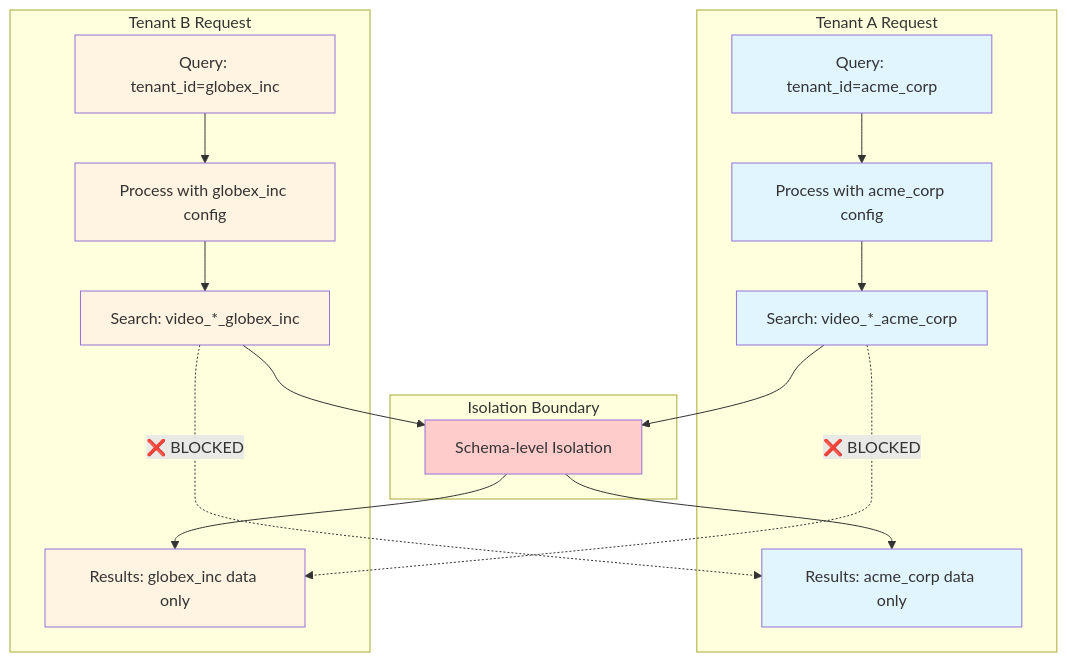
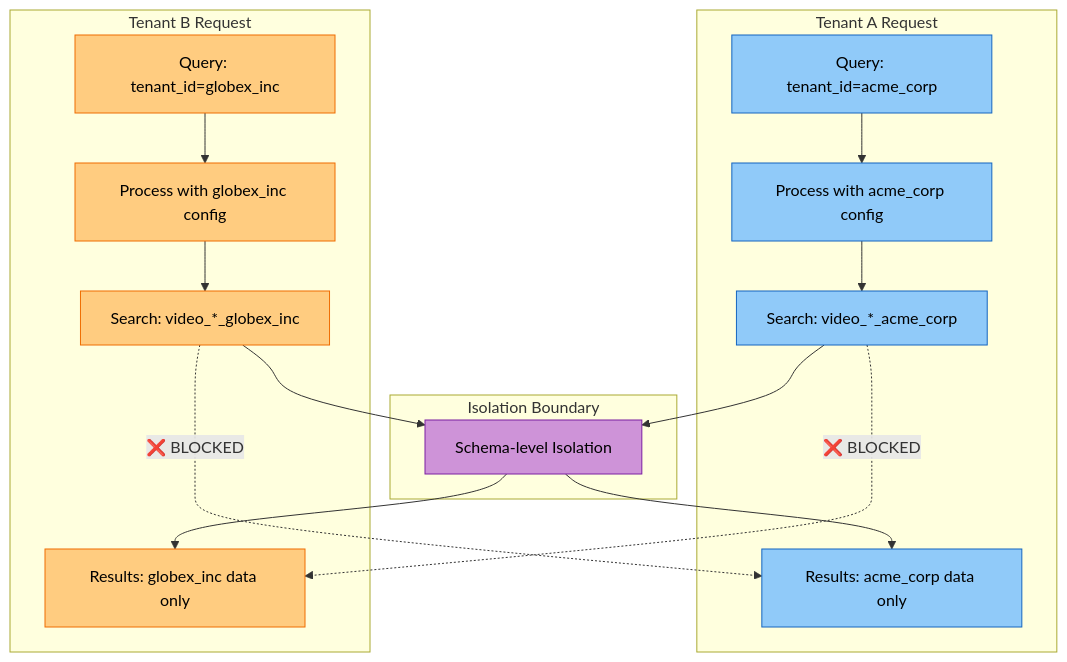
One commit to amit-jain/cogniverse changed the ninth of 19 diagrams in docs/diagrams/multi-tenant-diagrams.md. Above: the diagram before and after it, drawn with Mermaid. The commit also changed other lines of this file and 83 other files, not shown here.

First line of the commit message:
Fix documentation veracity, formatting, and diagrams across all modules

````diff
--- a/docs/diagrams/multi-tenant-diagrams.md
+++ b/docs/diagrams/multi-tenant-diagrams.md
@@ -353,43 +382,43 @@
 ```mermaid
-graph TB
+flowchart TB
     subgraph "Tenant A Request"
-        RequestA[Query: tenant_id=acme_corp]
-        ProcessA[Process with acme_corp config]
-        SearchA[Search: video_*_acme_corp]
-        ResultsA[Results: acme_corp data only]
+        RequestA["<span style='color:#000'>Query: tenant_id=acme_corp</span>"]
+        ProcessA["<span style='color:#000'>Process with acme_corp config</span>"]
+        SearchA["<span style='color:#000'>Search: video_*_acme_corp</span>"]
+        ResultsA["<span style='color:#000'>Results: acme_corp data only</span>"]
     end
 
     subgraph "Tenant B Request"
-        RequestB[Query: tenant_id=globex_inc]
-        ProcessB[Process with globex_inc config]
-        SearchB[Search: video_*_globex_inc]
-        ResultsB[Results: globex_inc data only]
+        RequestB["<span style='color:#000'>Query: tenant_id=globex_inc</span>"]
+        ProcessB["<span style='color:#000'>Process with globex_inc config</span>"]
+        SearchB["<span style='color:#000'>Search: video_*_globex_inc</span>"]
+        ResultsB["<span style='color:#000'>Results: globex_inc data only</span>"]
     end
 
     subgraph "Isolation Boundary"
-        Firewall[Schema-level Isolation]
+        Firewall["<span style='color:#000'>Schema-level Isolation</span>"]
     end
 
     RequestA --> ProcessA
     ProcessA --> SearchA
     SearchA --> Firewall
     Firewall --> ResultsA
 
     RequestB --> ProcessB
     ProcessB --> SearchB
     SearchB --> Firewall
     Firewall --> ResultsB
 
     SearchA -.->|❌ BLOCKED| ResultsB
     SearchB -.->|❌ BLOCKED| ResultsA
 
-    style RequestA fill:#e1f5ff
-    style ProcessA fill:#e1f5ff
-    style SearchA fill:#e1f5ff
-    style ResultsA fill:#e1f5ff
-    style RequestB fill:#fff4e1
-    style ProcessB fill:#fff4e1
-    style SearchB fill:#fff4e1
-    style ResultsB fill:#fff4e1
-    style Firewall fill:#ffcccc
+    style RequestA fill:#90caf9,stroke:#1565c0,color:#000
+    style ProcessA fill:#90caf9,stroke:#1565c0,color:#000
+    style SearchA fill:#90caf9,stroke:#1565c0,color:#000
+    style ResultsA fill:#90caf9,stroke:#1565c0,color:#000
+    style RequestB fill:#ffcc80,stroke:#ef6c00,color:#000
+    style ProcessB fill:#ffcc80,stroke:#ef6c00,color:#000
+    style SearchB fill:#ffcc80,stroke:#ef6c00,color:#000
+    style ResultsB fill:#ffcc80,stroke:#ef6c00,color:#000
+    style Firewall fill:#ce93d8,stroke:#7b1fa2,color:#000
 ```
````
